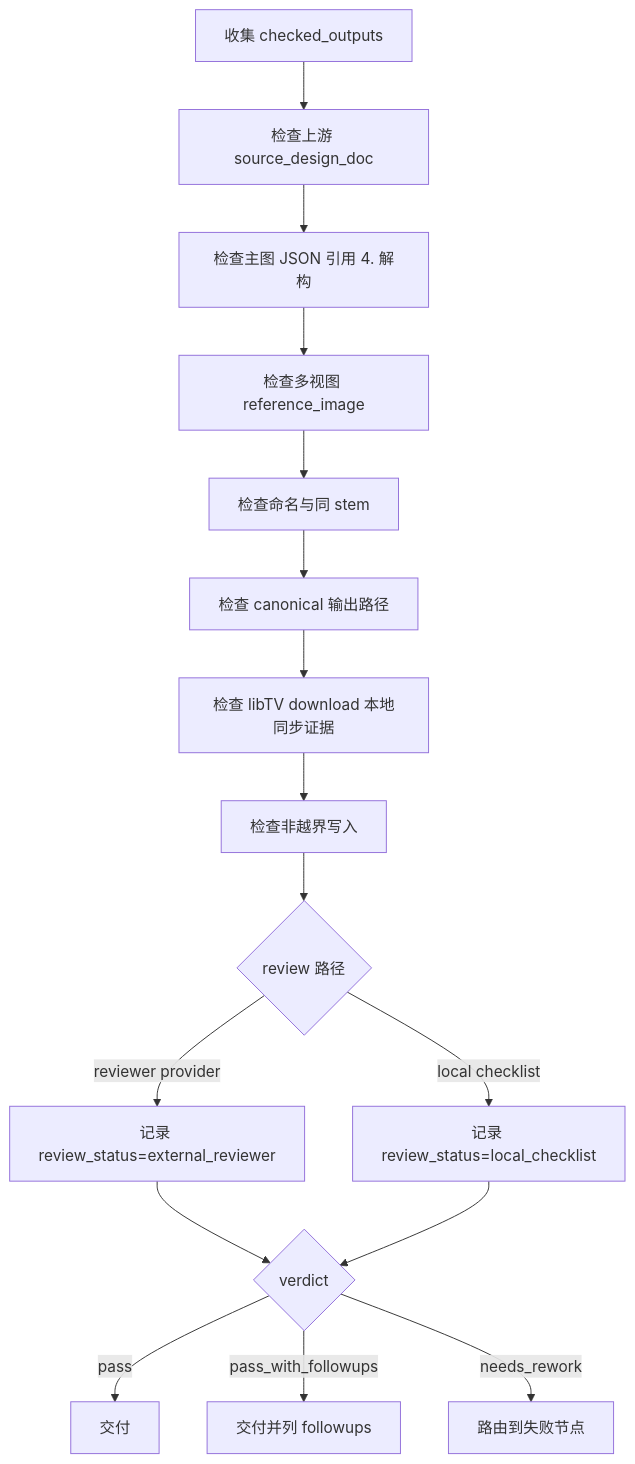
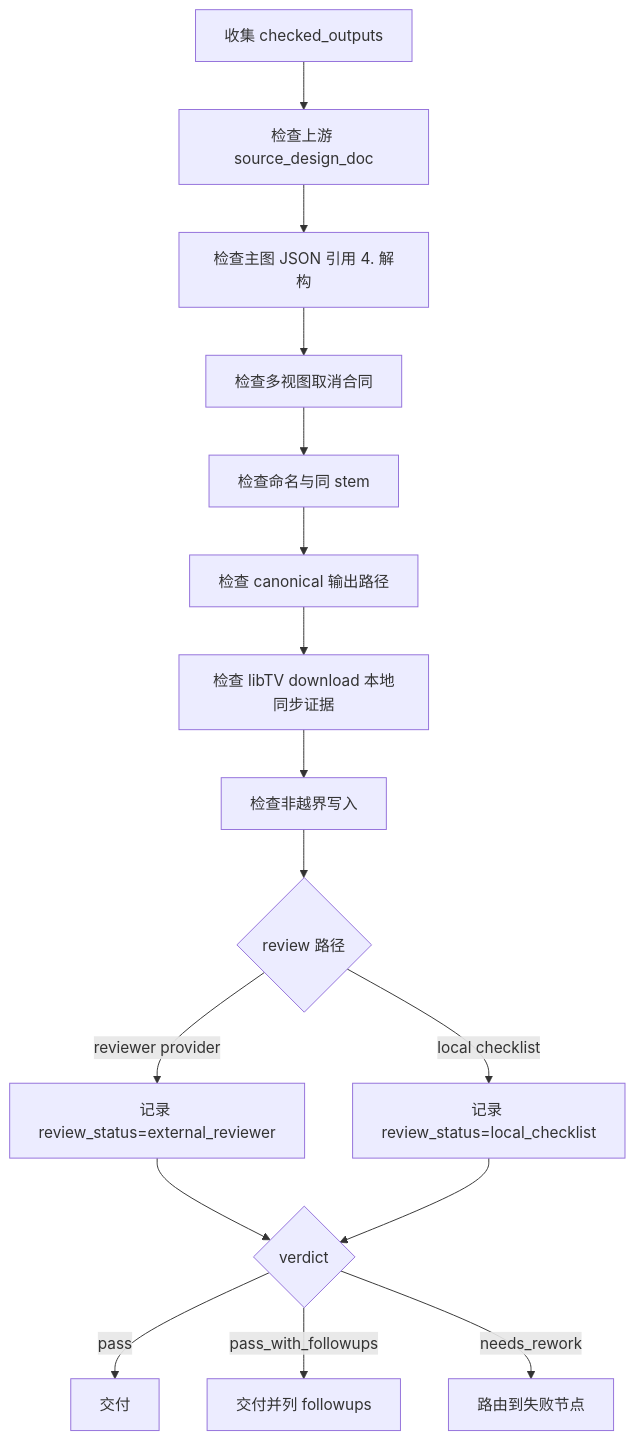
Before and after one commit to ZEN-VOID/AI-CUT: the diagram in .agents/skills/aigc/3-主体/道具/3-生成/review/review-contract.md, drawn with Mermaid. The commit also changed other lines of this file and 49 other files, not shown here.

````diff
--- a/.agents/skills/aigc/3-主体/道具/3-生成/review/review-contract.md
+++ b/.agents/skills/aigc/3-主体/道具/3-生成/review/review-contract.md
@@ -52,18 +52,18 @@
 ```mermaid
 flowchart TD
     A["收集 checked_outputs"] --> B["检查上游 source_design_doc"]
     B --> C["检查主图 JSON 引用 4. 解构"]
-    C --> D["检查多视图 reference_image"]
+    C --> D["检查多视图取消合同"]
     D --> E["检查命名与同 stem"]
     E --> F["检查 canonical 输出路径"]
     F --> F2["检查 libTV download 本地同步证据"]
     F2 --> G["检查非越界写入"]
     G --> H{"review 路径"}
     H -->|"reviewer provider"| I["记录 review_status=external_reviewer"]
     H -->|"local checklist"| J["记录 review_status=local_checklist"]
     I --> K{"verdict"}
     J --> K
     K -->|"pass"| L["交付"]
     K -->|"pass_with_followups"| M["交付并列 followups"]
     K -->|"needs_rework"| N["路由到失败节点"]
 ```
````
